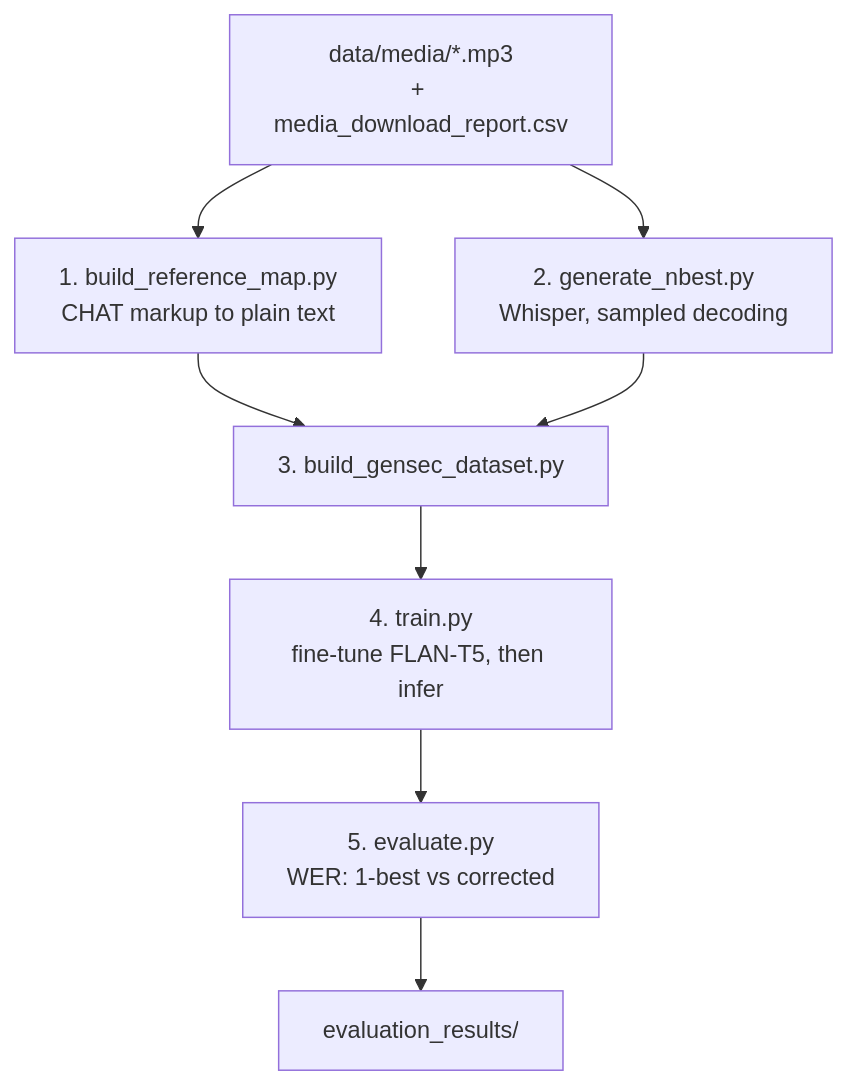
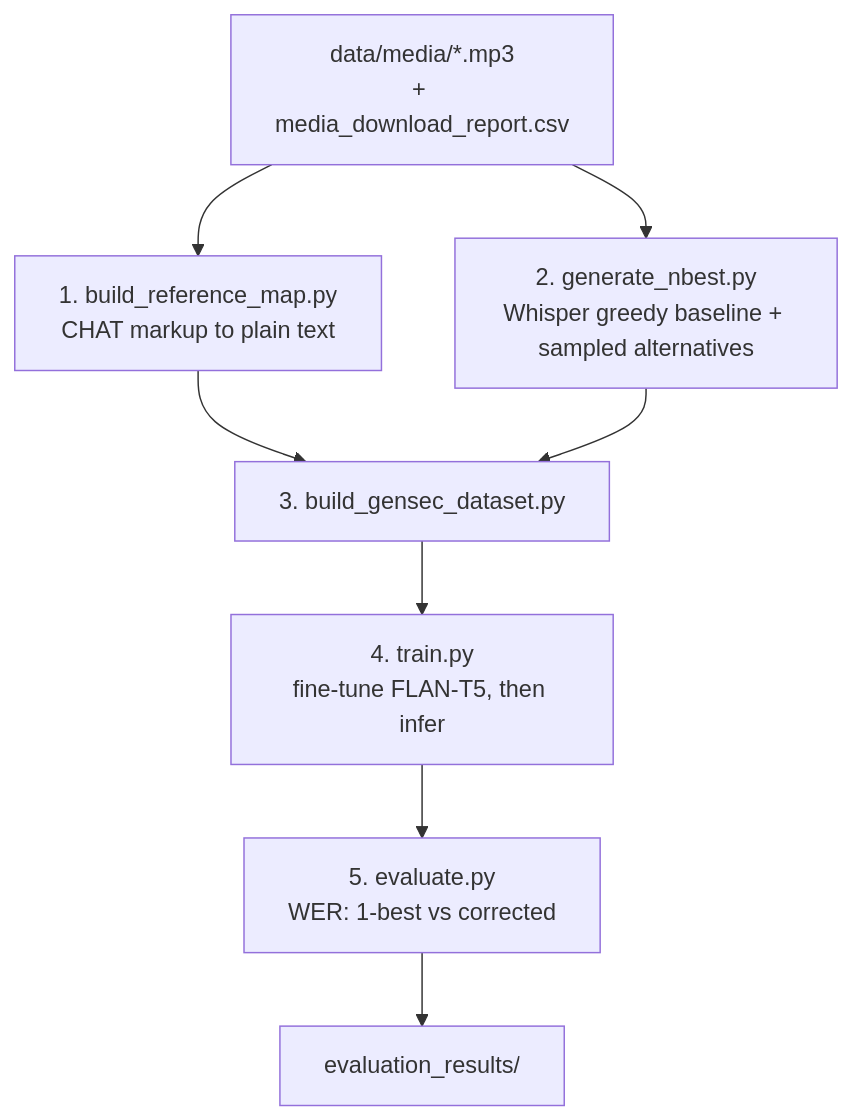
One commit to girwandhakal/gensec-asr changed the diagram in README.md. Above: the diagram before and after it, drawn with Mermaid. The commit also changed other lines of this file and 4 other files, not shown here.

First line of the commit message:
Add greedy ASR baseline and richer sampled candidates

````diff
--- a/README.md
+++ b/README.md
@@ -53,10 +53,10 @@
 ```mermaid
 flowchart TD
     A["data/media/*.mp3<br/>+ media_download_report.csv"] --> B[1. build_reference_map.py<br/>CHAT markup to plain text]
-    A --> C[2. generate_nbest.py<br/>Whisper, sampled decoding]
+    A --> C[2. generate_nbest.py<br/>Whisper greedy baseline + sampled alternatives]
     B --> D[3. build_gensec_dataset.py]
     C --> D
     D --> E[4. train.py<br/>fine-tune FLAN-T5, then infer]
     E --> F[5. evaluate.py<br/>WER: 1-best vs corrected]
     F --> G[evaluation_results/]
 ```
````
